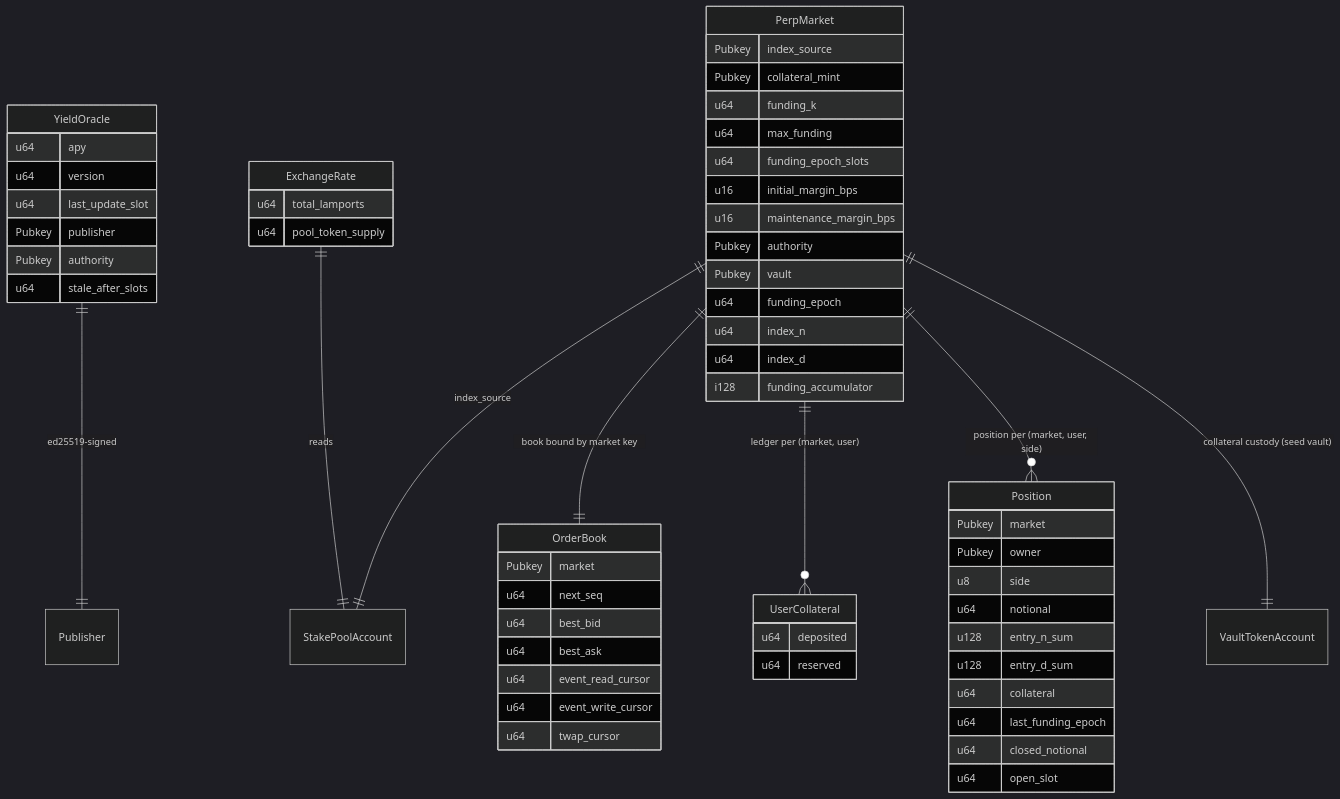
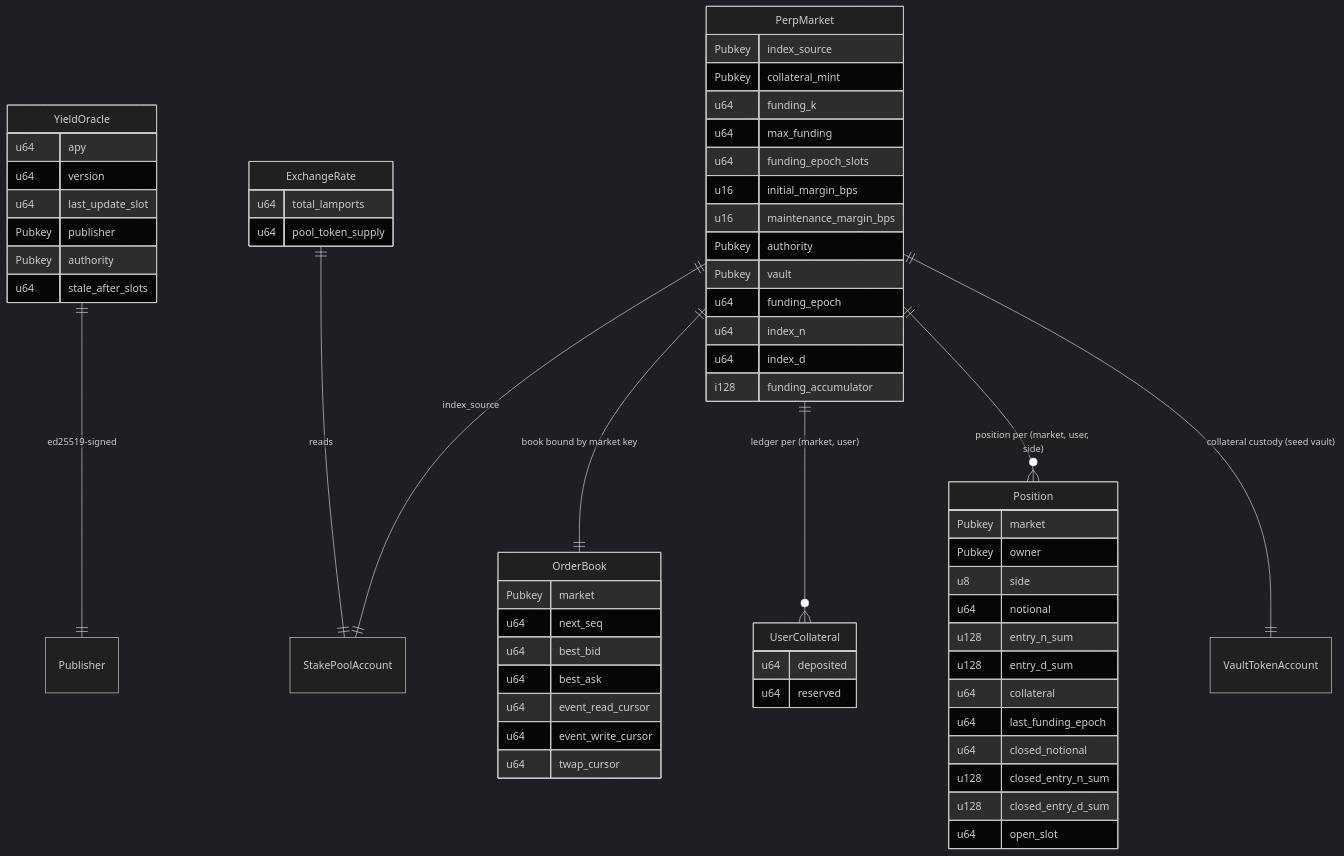
Before and after one commit to LaiTszKin/fructus: the diagram in docs/data-models.md, drawn with Mermaid (dark theme). The commit also changed other lines of this file and 5 other files, not shown here.

Commit message:
docs: document position close-time entry basis, Position LEN 170, zero-sum liquidation

````diff
--- a/docs/data-models.md
+++ b/docs/data-models.md
@@ -198,62 +205,64 @@
 ```mermaid
 erDiagram
     YieldOracle ||--|| Publisher : "ed25519-signed"
     PerpMarket ||--|| StakePoolAccount : "index_source"
     PerpMarket ||--|| OrderBook : "book bound by market key"
     PerpMarket ||--o{ UserCollateral : "ledger per (market, user)"
     PerpMarket ||--o{ Position : "position per (market, user, side)"
     PerpMarket ||--|| VaultTokenAccount : "collateral custody (seed vault)"
     ExchangeRate ||--|| StakePoolAccount : "reads"
     YieldOracle {
         u64 apy
         u64 version
         u64 last_update_slot
         Pubkey publisher
         Pubkey authority
         u64 stale_after_slots
     }
     PerpMarket {
         Pubkey index_source
         Pubkey collateral_mint
         u64 funding_k
         u64 max_funding
         u64 funding_epoch_slots
         u16 initial_margin_bps
         u16 maintenance_margin_bps
         Pubkey authority
         Pubkey vault
         u64 funding_epoch
         u64 index_n
         u64 index_d
         i128 funding_accumulator
     }
     OrderBook {
         Pubkey market
         u64 next_seq
         u64 best_bid
         u64 best_ask
         u64 event_read_cursor
         u64 event_write_cursor
         u64 twap_cursor
     }
     UserCollateral {
         u64 deposited
         u64 reserved
     }
     Position {
         Pubkey market
         Pubkey owner
         u8 side
         u64 notional
         u128 entry_n_sum
         u128 entry_d_sum
         u64 collateral
         u64 last_funding_epoch
         u64 closed_notional
+        u128 closed_entry_n_sum
+        u128 closed_entry_d_sum
         u64 open_slot
     }
     ExchangeRate {
         u64 total_lamports
         u64 pool_token_supply
     }
 ```
````
